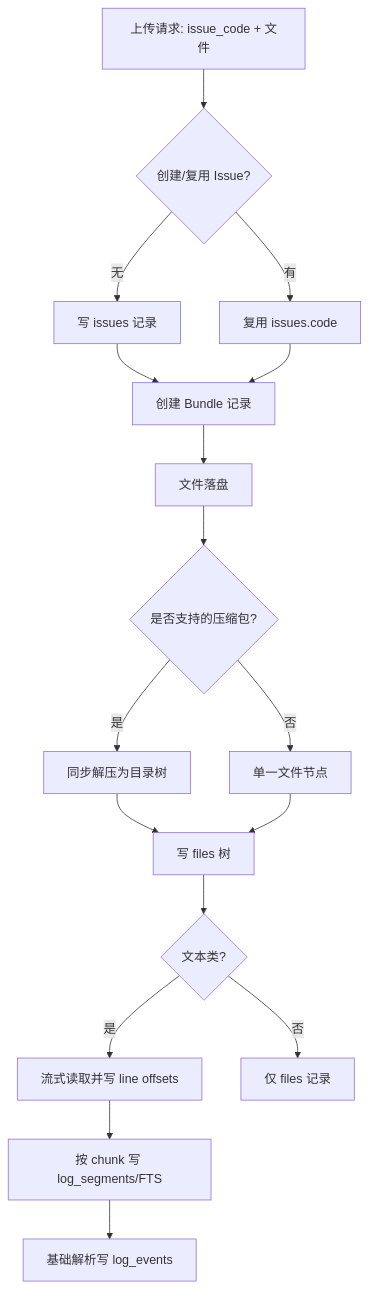
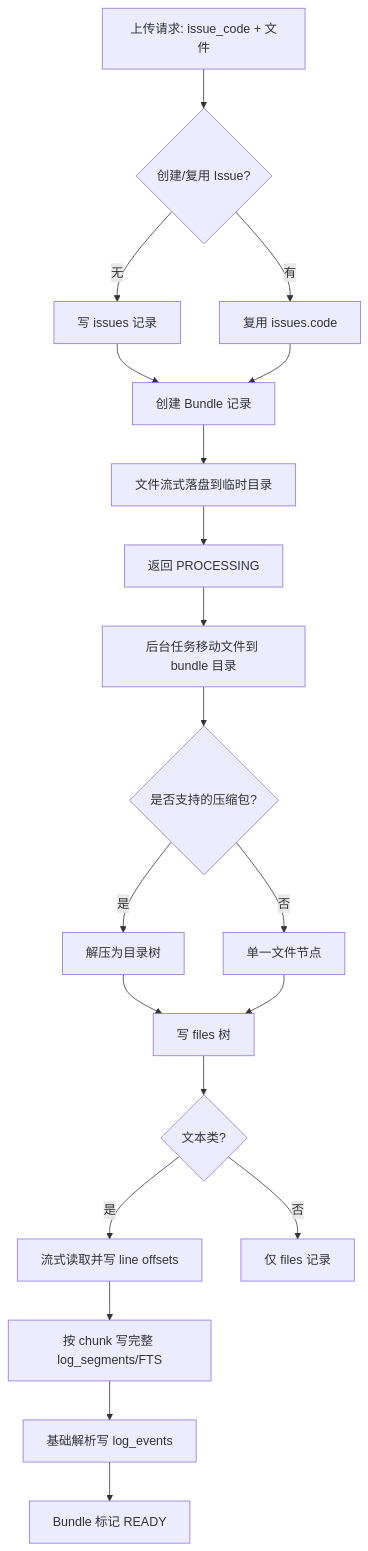
The diagram in doc/DB.md (SwartzMss/Rain), drawn with Mermaid before and after one commit. The commit also changed other lines of this file and 15 other files, not shown here.

Commit message:
Harden log upload processing

````diff
--- a/doc/DB.md
+++ b/doc/DB.md
@@ -104,19 +108,22 @@
 ```mermaid
 flowchart TD
     A[上传请求: issue_code + 文件] --> B{创建/复用 Issue?}
     B -->|无| C[写 issues 记录]
     B -->|有| D[复用 issues.code]
     C --> E[创建 Bundle 记录]
     D --> E
-    E --> F[文件落盘]
-    F --> G{是否支持的压缩包?}
-    G -->|是| H[同步解压为目录树]
-    G -->|否| I[单一文件节点]
-    H --> J[写 files 树]
-    I --> J
-    J --> K{文本类?}
-    K -->|是| L[流式读取并写 line offsets]
-    K -->|否| M[仅 files 记录]
-    L --> N[按 chunk 写 log_segments/FTS]
-    N --> O[基础解析写 log_events]
+    E --> F[文件流式落盘到临时目录]
+    F --> G[返回 PROCESSING]
+    G --> H[后台任务移动文件到 bundle 目录]
+    H --> I{是否支持的压缩包?}
+    I -->|是| J[解压为目录树]
+    I -->|否| K[单一文件节点]
+    J --> L[写 files 树]
+    K --> L
+    L --> M{文本类?}
+    M -->|是| N[流式读取并写 line offsets]
+    M -->|否| O[仅 files 记录]
+    N --> P[按 chunk 写完整 log_segments/FTS]
+    P --> Q[基础解析写 log_events]
+    Q --> R[Bundle 标记 READY]
 ```
````
